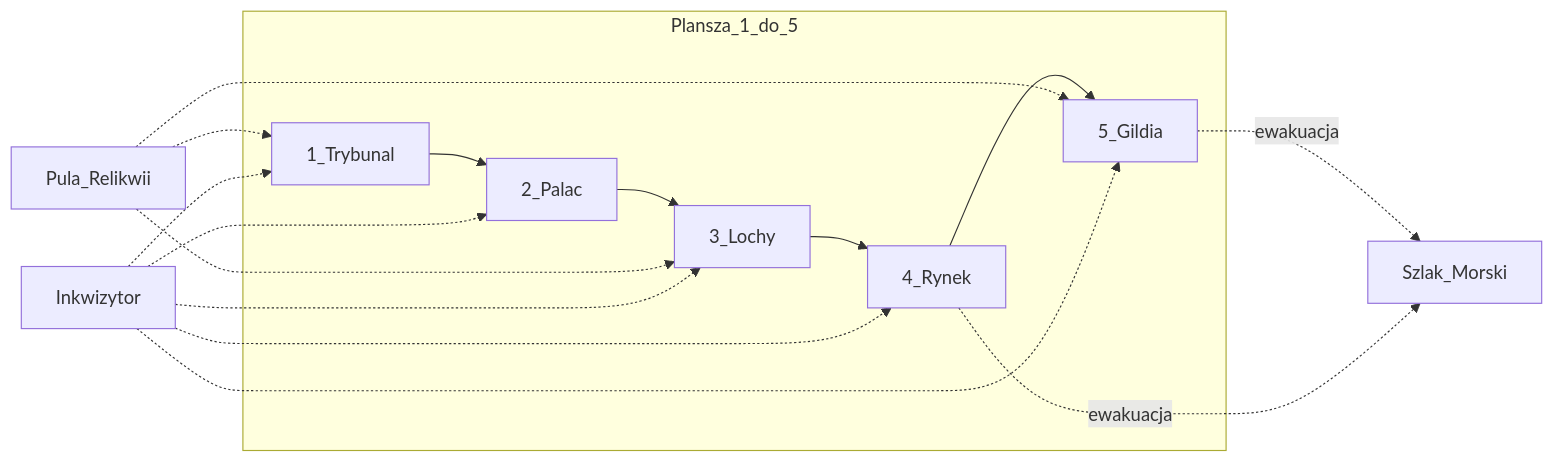
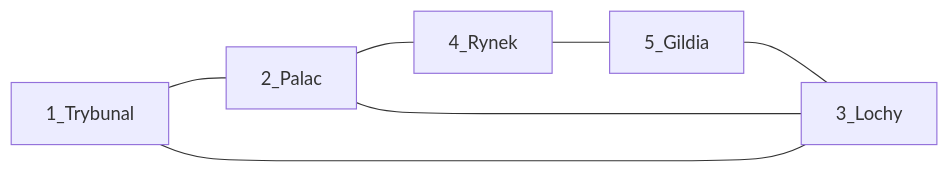
The diagram in game/board/locations.md (kacperczeczot/INQUISITIO-1492), drawn with Mermaid before and after one commit. The commit also changed other lines of this file and 19 other files, not shown here.

````diff
--- a/game/board/locations.md
+++ b/game/board/locations.md
@@ -73,24 +52,10 @@
 ```mermaid
 flowchart LR
-  subgraph board [Plansza_1_do_5]
-    T[1_Trybunal]
-    P[2_Palac]
-    L[3_Lochy]
-    R[4_Rynek]
-    G[5_Gildia]
-    T --> P --> L --> R --> G
-  end
-  pool[Pula_Relikwii]
-  sea[Szlak_Morski]
-  inq[Inkwizytor]
-  G -.->|ewakuacja| sea
-  R -.->|ewakuacja| sea
-  pool -.-> T
-  pool -.-> L
-  pool -.-> G
-  inq -.-> T
-  inq -.-> P
-  inq -.-> L
-  inq -.-> R
-  inq -.-> G
+  T[1_Trybunal]
+  P[2_Palac]
+  L[3_Lochy]
+  R[4_Rynek]
+  G[5_Gildia]
+  T --- P --- R --- G --- L --- T
+  L --- P
 ```
````
